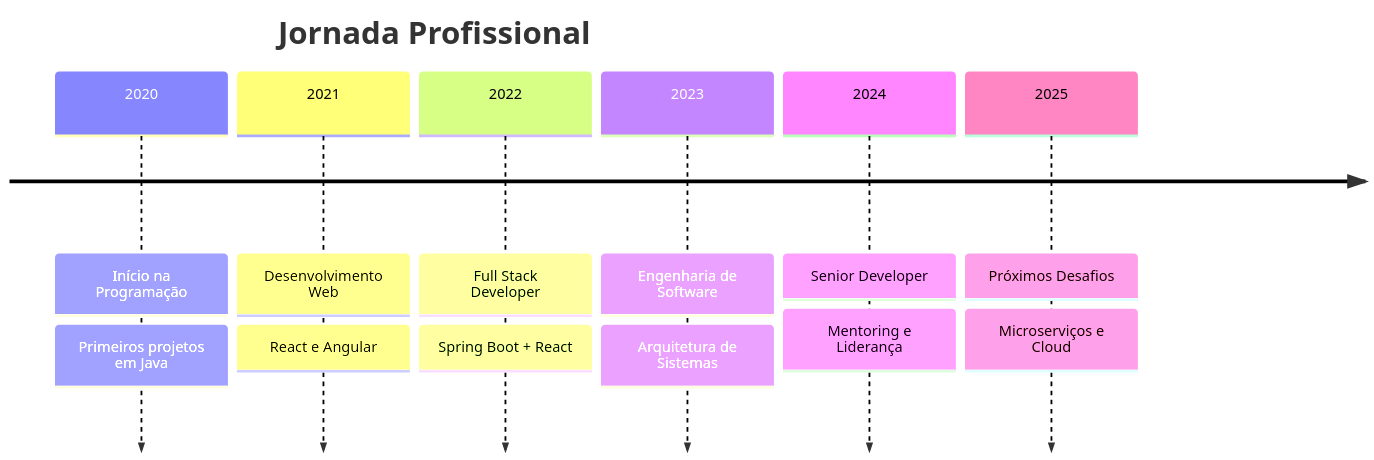
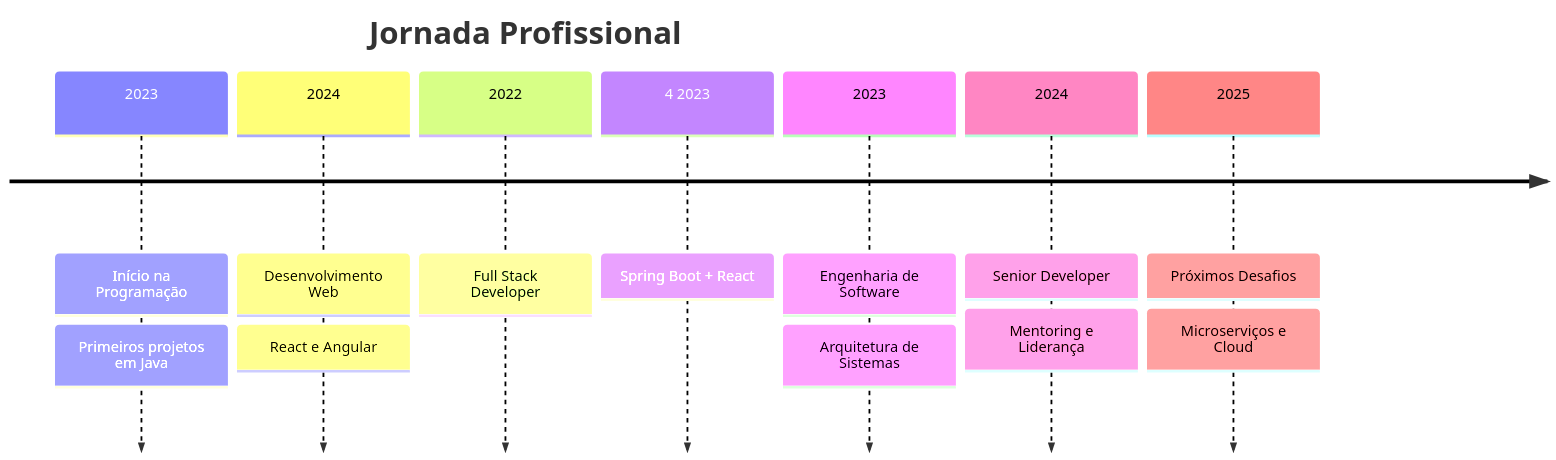
Before and after one commit to M4uroL/M4uroL: the diagram in README.md, drawn with Mermaid. The commit also changed other lines of this file, not shown here.

````diff
--- a/README.md
+++ b/README.md
@@ -210,16 +214,16 @@
 ```mermaid
 timeline
     title Jornada Profissional
-    2020 : Início na Programação
+    2023 : Início na Programação
          : Primeiros projetos em Java
-    2021 : Desenvolvimento Web
+    2024 : Desenvolvimento Web
          : React e Angular
     2022 : Full Stack Developer
-         : Spring Boot + React
+  4 2023 : Spring Boot + React
     2023 : Engenharia de Software
          : Arquitetura de Sistemas
     2024 : Senior Developer
          : Mentoring e Liderança
     2025 : Próximos Desafios
          : Microserviços e Cloud
 ```
````
